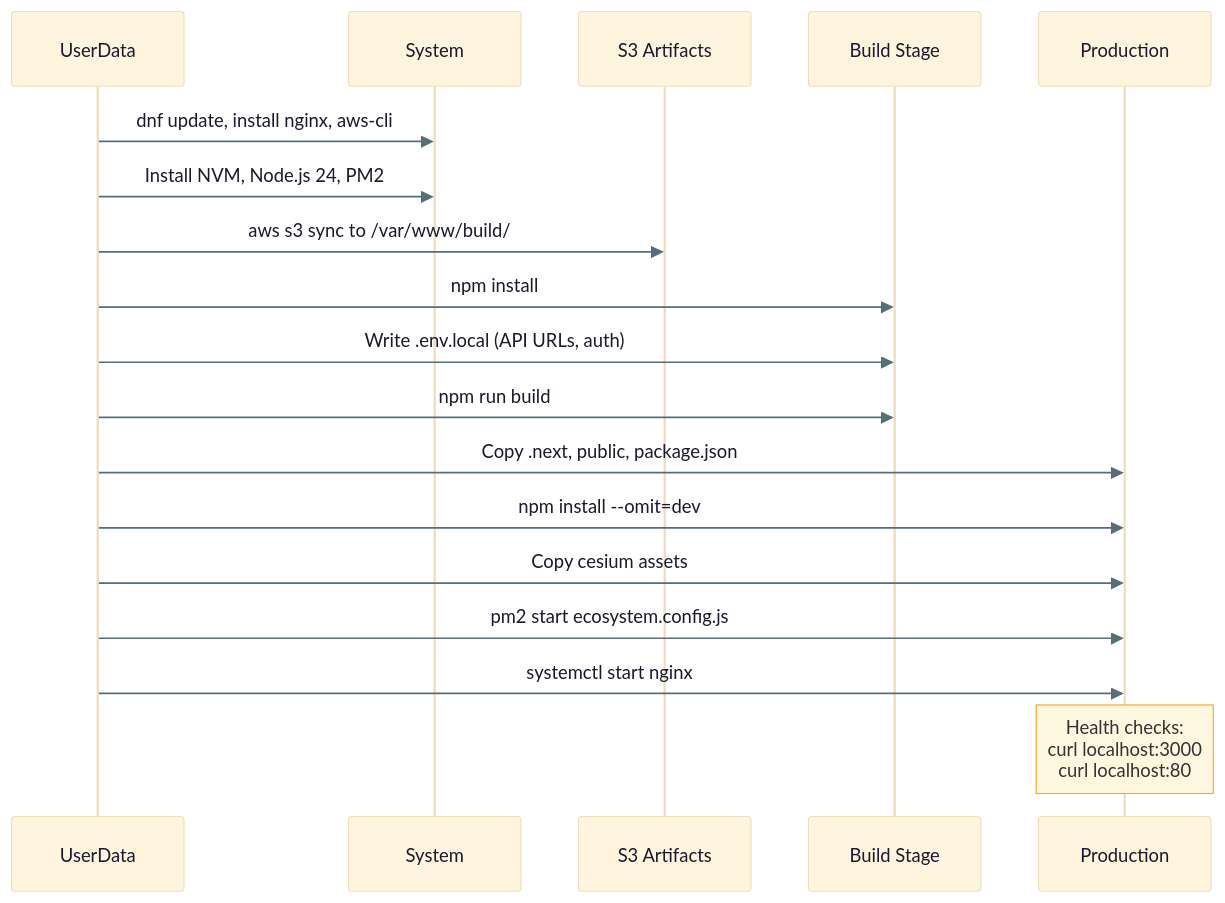
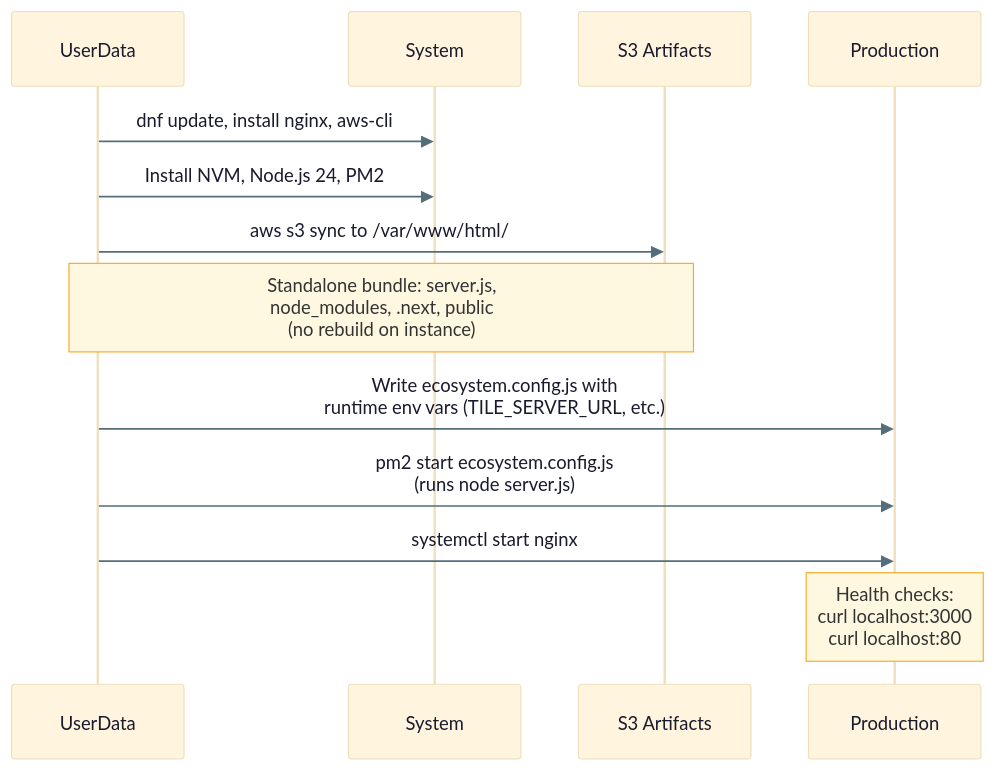
The first of 2 diagrams in docs/architecture/05-web-app-stack.md (awslabs/osml-web-app), drawn with Mermaid before and after one commit. The commit also changed other lines of this file and 54 other files, not shown here.

````diff
--- a/docs/architecture/05-web-app-stack.md
+++ b/docs/architecture/05-web-app-stack.md
@@ -9,26 +9,20 @@
 ```mermaid
 %%{init: {'theme': 'base', 'themeVariables': { 'primaryTextColor': '#1a1a2e', 'lineColor': '#78909c', 'fontFamily': 'Inter, Segoe UI, sans-serif', 'fontSize': '13px', 'actorTextColor': '#1a1a2e', 'signalColor': '#546e7a', 'noteBkgColor': '#fff8e1', 'noteBorderColor': '#f9a825' }}}%%
 sequenceDiagram
     participant UD as UserData
     participant SYS as System
     participant S3 as S3 Artifacts
-    participant BUILD as Build Stage
     participant PROD as Production
 
     UD->>SYS: dnf update, install nginx, aws-cli
     UD->>SYS: Install NVM, Node.js 24, PM2
 
-    UD->>S3: aws s3 sync to /var/www/build/
-    UD->>BUILD: npm install
-    UD->>BUILD: Write .env.local (API URLs, auth)
-    UD->>BUILD: npm run build
+    UD->>S3: aws s3 sync to /var/www/html/
+    Note over UD,S3: Standalone bundle: server.js,<br/>node_modules, .next, public<br/>(no rebuild on instance)
 
-    UD->>PROD: Copy .next, public, package.json
-    UD->>PROD: npm install --omit=dev
-    UD->>PROD: Copy cesium assets
-
-    UD->>PROD: pm2 start ecosystem.config.js
+    UD->>PROD: Write ecosystem.config.js with<br/>runtime env vars (TILE_SERVER_URL, etc.)
+    UD->>PROD: pm2 start ecosystem.config.js<br/>(runs node server.js)
     UD->>PROD: systemctl start nginx
 
     Note over PROD: Health checks:<br/>curl localhost:3000<br/>curl localhost:80
 ```
````
